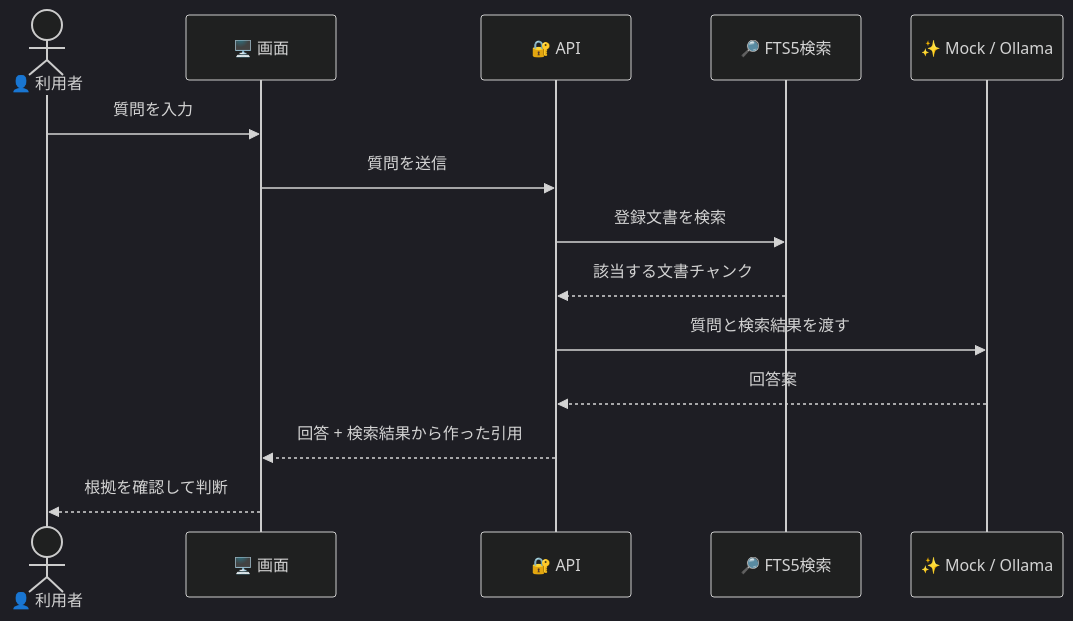
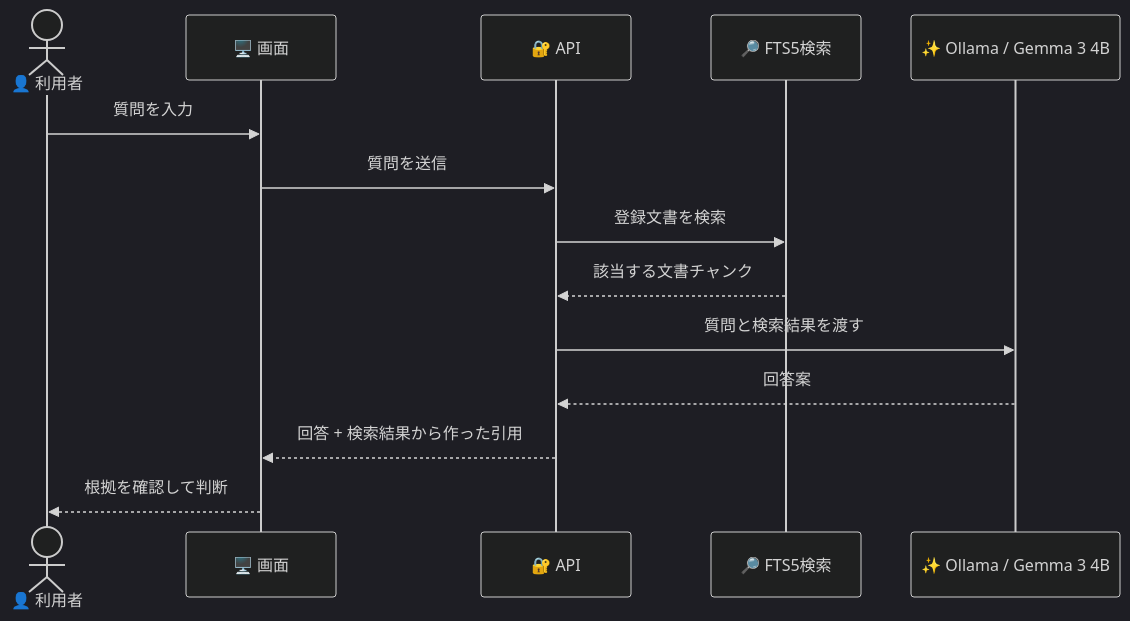
The second of 2 diagrams in README.md (kamn-sap/ai-manufacturing-poc), drawn with Mermaid (dark theme) before and after one commit. The commit also changed other lines of this file and 13 other files, not shown here.

````diff
--- a/README.md
+++ b/README.md
@@ -33,16 +33,16 @@
 ```mermaid
 sequenceDiagram
     actor User as 👤 利用者
     participant UI as 🖥️ 画面
     participant API as 🔐 API
     participant Search as 🔎 FTS5検索
-    participant Model as ✨ Mock / Ollama
+    participant Model as ✨ Ollama / Gemma 3 4B
     User->>UI: 質問を入力
     UI->>API: 質問を送信
     API->>Search: 登録文書を検索
     Search-->>API: 該当する文書チャンク
     API->>Model: 質問と検索結果を渡す
     Model-->>API: 回答案
     API-->>UI: 回答 + 検索結果から作った引用
     UI-->>User: 根拠を確認して判断
 ```
````
